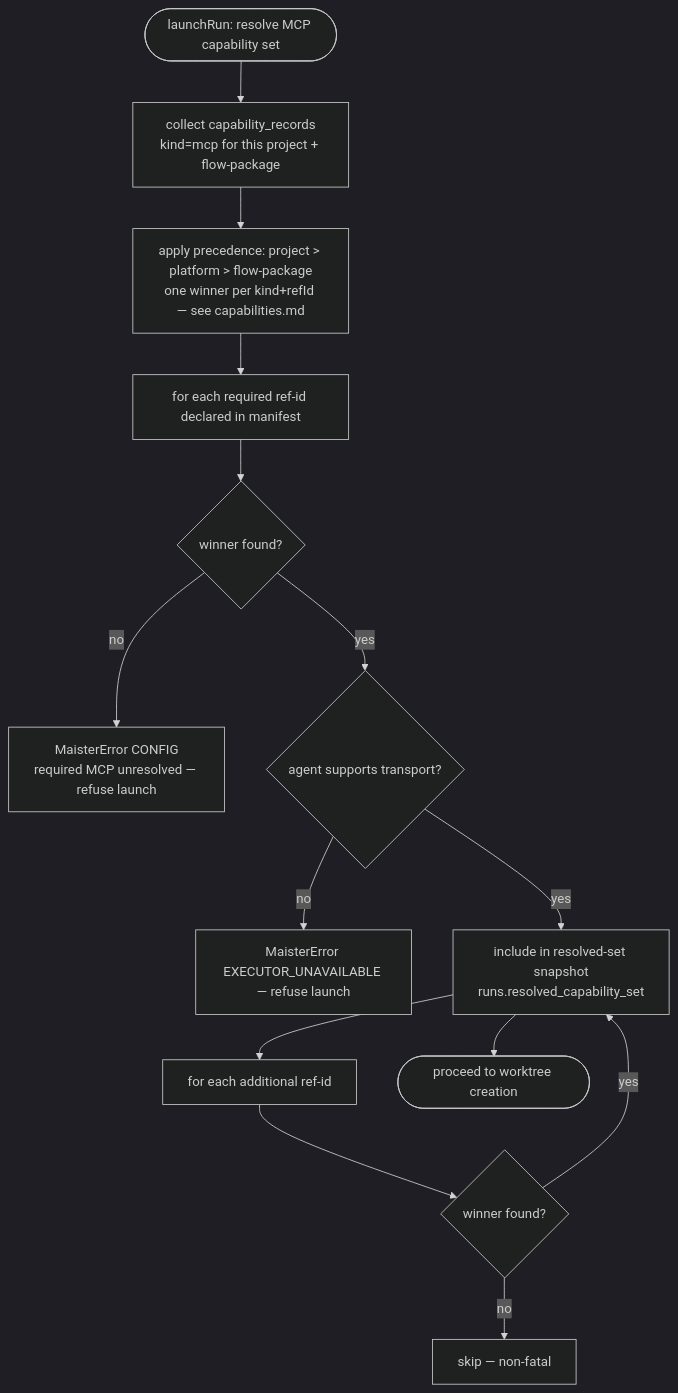
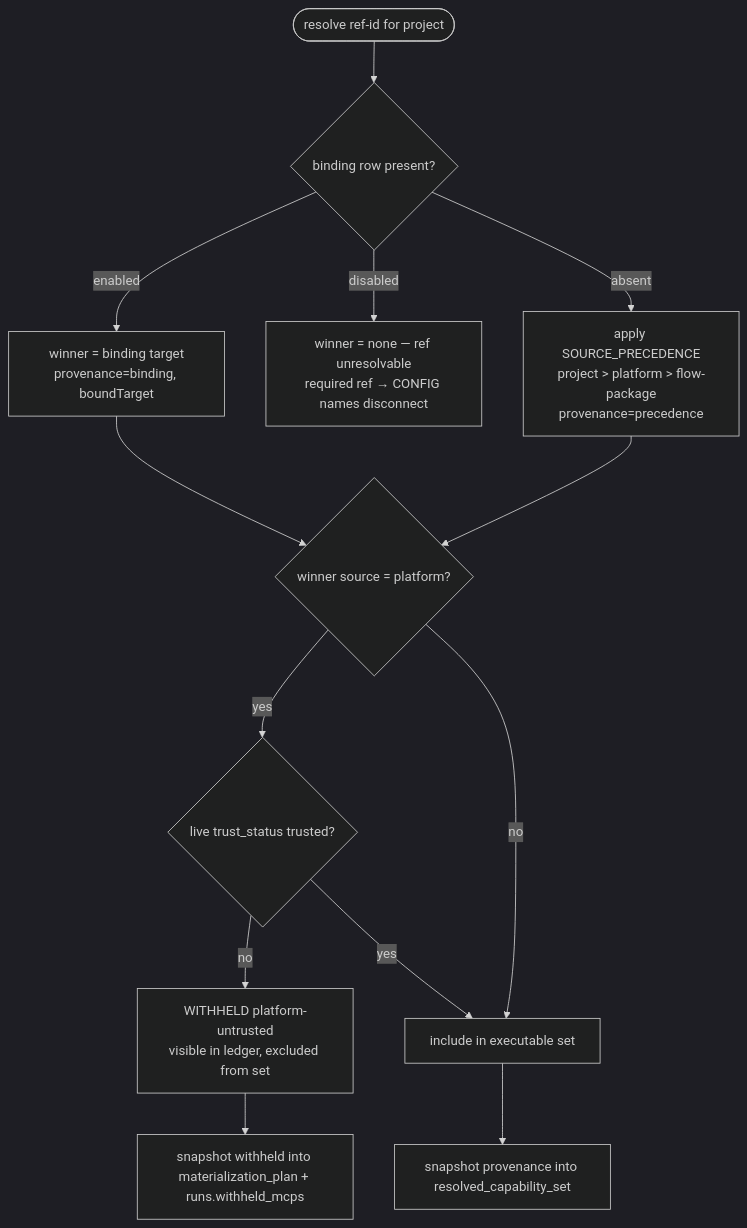
One commit to maister-dev/maister changed the fourth of 6 diagrams in docs/system-analytics/mcp-management.md. Above: the diagram before and after it, drawn with Mermaid (dark theme). The commit also changed other lines of this file and 15 other files, not shown here.

````diff
--- a/docs/system-analytics/mcp-management.md
+++ b/docs/system-analytics/mcp-management.md
@@ -112,16 +138,15 @@
 ```mermaid
 flowchart TD
-    A([launchRun: resolve MCP capability set]) --> B[collect capability_records<br/>kind=mcp for this project + flow-package]
-    B --> C[apply precedence: project > platform > flow-package<br/>one winner per kind+refId — see capabilities.md]
-    C --> D[for each required ref-id declared in manifest]
-    D --> E{winner found?}
-    E -- no --> F[MaisterError CONFIG<br/>required MCP unresolved — refuse launch]
-    E -- yes --> G{agent supports transport?}
-    G -- no --> H[MaisterError EXECUTOR_UNAVAILABLE — refuse launch]
-    G -- yes --> I[include in resolved-set snapshot<br/>runs.resolved_capability_set]
-    I --> J[for each additional ref-id]
-    J --> K{winner found?}
-    K -- no --> L[skip — non-fatal]
-    K -- yes --> I
-    I --> M([proceed to worktree creation])
+    A([resolve ref-id for project]) --> B{binding row present?}
+    B -- enabled --> C[winner = binding target<br/>provenance=binding, boundTarget]
+    B -- disabled --> D[winner = none — ref unresolvable<br/>required ref → CONFIG names disconnect]
+    B -- absent --> E[apply SOURCE_PRECEDENCE<br/>project > platform > flow-package<br/>provenance=precedence]
+    C --> F{winner source = platform?}
+    E --> F
+    F -- yes --> G{live trust_status trusted?}
+    F -- no --> I[include in executable set]
+    G -- no --> H[WITHHELD platform-untrusted<br/>visible in ledger, excluded from set]
+    G -- yes --> I
+    I --> J[snapshot provenance into resolved_capability_set]
+    H --> K[snapshot withheld into materialization_plan + runs.withheld_mcps]
 ```
````
